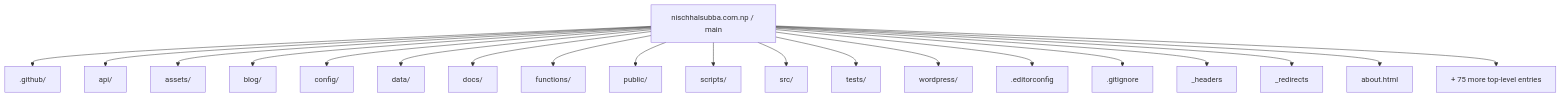
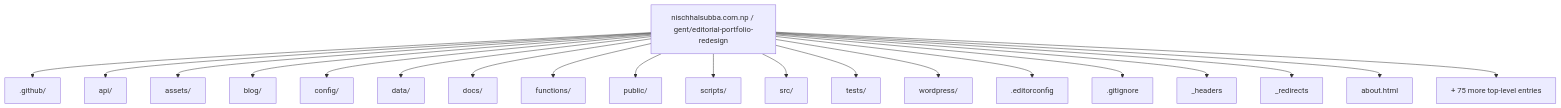
One commit to Nischhalsubba/nischhalsubba.com.np changed the first of 8 diagrams in README.md. Above: the diagram before and after it, drawn with Mermaid. The commit also changed other lines of this file, not shown here.

````diff
--- a/README.md
+++ b/README.md
@@ -57,23 +68,23 @@
 ```mermaid
 flowchart TD
-    ROOT["nischhalsubba.com.np / main"]
+    ROOT["nischhalsubba.com.np / gent/editorial-portfolio-redesign"]
     ROOT --> P0[".github/"]
     ROOT --> P1["api/"]
     ROOT --> P2["assets/"]
     ROOT --> P3["blog/"]
     ROOT --> P4["config/"]
     ROOT --> P5["data/"]
     ROOT --> P6["docs/"]
     ROOT --> P7["functions/"]
     ROOT --> P8["public/"]
     ROOT --> P9["scripts/"]
     ROOT --> P10["src/"]
     ROOT --> P11["tests/"]
     ROOT --> P12["wordpress/"]
     ROOT --> P13[".editorconfig"]
     ROOT --> P14[".gitignore"]
     ROOT --> P15["_headers"]
     ROOT --> P16["_redirects"]
     ROOT --> P17["about.html"]
     ROOT --> MORE["+ 75 more top-level entries"]
 ```
````
